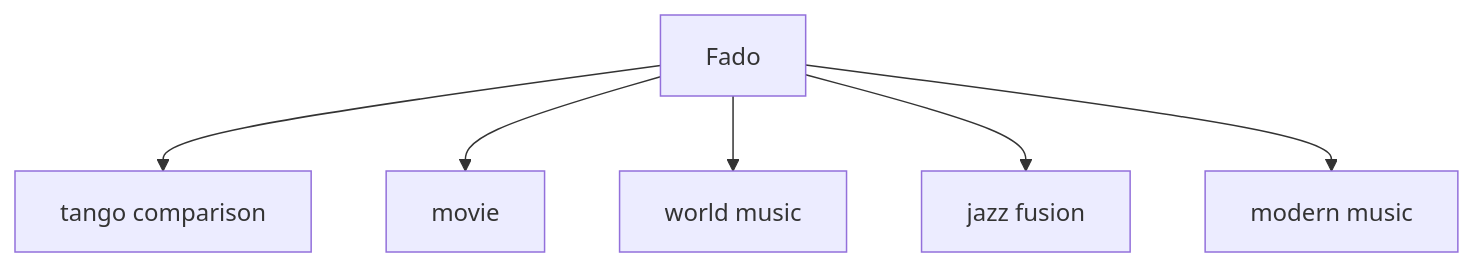
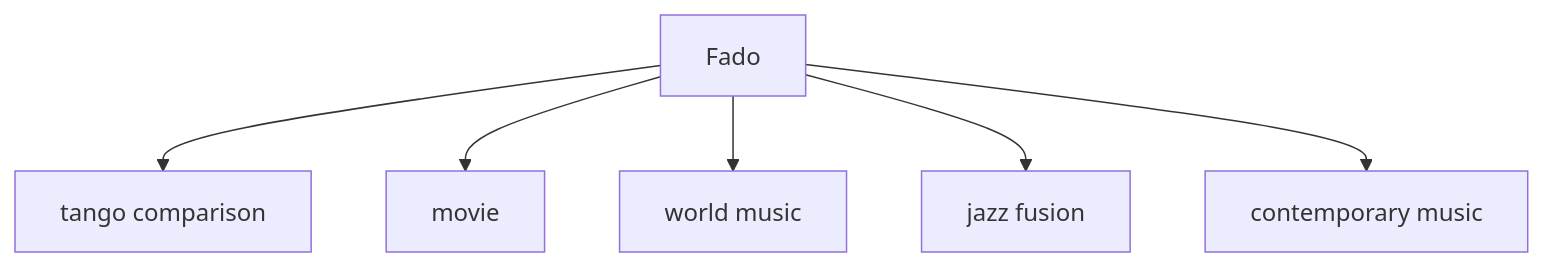
One commit to monumental-movement/monumental-movement.github.io changed the tenth of 12 diagrams in en/_posts/2026-05-16-column-fado.md. Above: the diagram before and after it, drawn with Mermaid. The commit also changed other lines of this file and 423 other files, not shown here.

```diff
--- a/en/_posts/2026-05-16-column-fado.md
+++ b/en/_posts/2026-05-16-column-fado.md
@@ -509,8 +509,8 @@
 <div class="mermaid">
 flowchart TD
 A[Fado] --> B[tango comparison]
 A --> C[movie]
 A --> D[world music]
 A --> E[jazz fusion]
-A --> F[modern music]
+A --> F[contemporary music]
 </div>
```
